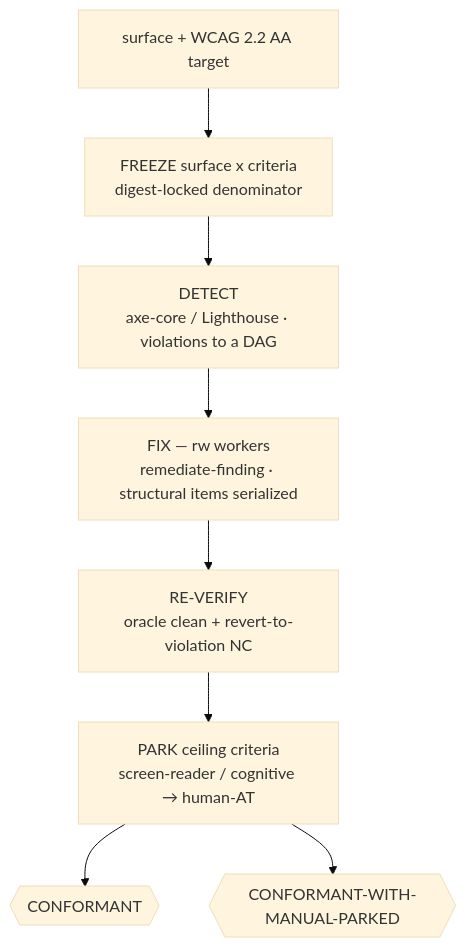
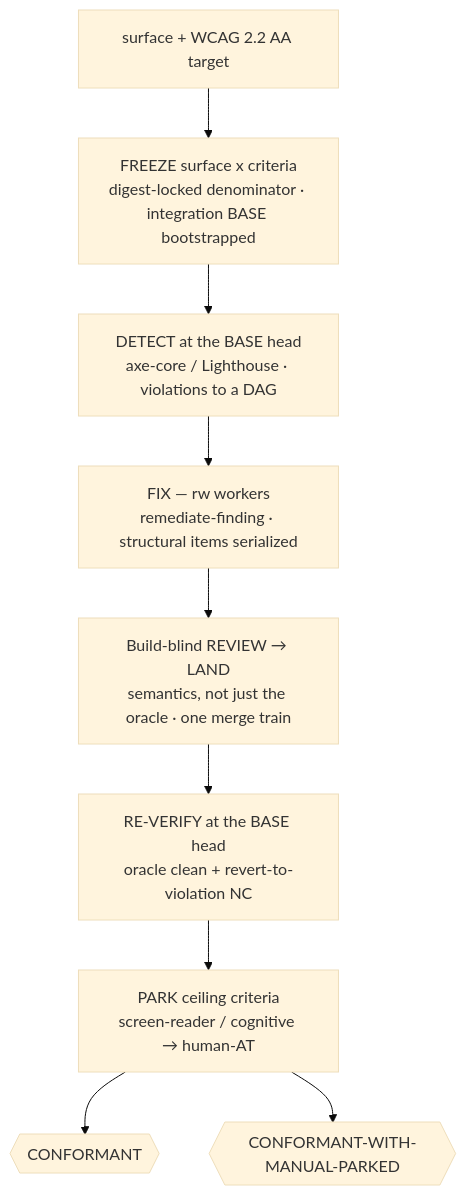
One commit to ravidsrk/orca-fleet changed the diagram in docs/missions/access-it.md. Above: the diagram before and after it, drawn with Mermaid (base theme). The commit also changed 3 other files, not shown here.

First line of the commit message:
docs(access-it): add the BASE bootstrap, review, and LAND steps; narrow the keyboard trigger

````diff
--- a/docs/missions/access-it.md
+++ b/docs/missions/access-it.md
@@ -43,10 +43,11 @@
 ```mermaid
 flowchart TD
-    A[surface + WCAG 2.2 AA target] --> B[FREEZE surface x criteria<br/>digest-locked denominator]
-    B --> C[DETECT<br/>axe-core / Lighthouse · violations to a DAG]
+    A[surface + WCAG 2.2 AA target] --> B[FREEZE surface x criteria<br/>digest-locked denominator · integration BASE bootstrapped]
+    B --> C[DETECT at the BASE head<br/>axe-core / Lighthouse · violations to a DAG]
     C --> D[FIX — rw workers<br/>remediate-finding · structural items serialized]
-    D --> E[RE-VERIFY<br/>oracle clean + revert-to-violation NC]
+    D --> D2[Build-blind REVIEW → LAND<br/>semantics, not just the oracle · one merge train]
+    D2 --> E[RE-VERIFY at the BASE head<br/>oracle clean + revert-to-violation NC]
     E --> F[PARK ceiling criteria<br/>screen-reader / cognitive → human-AT]
     F --> G{{CONFORMANT}}
     F --> H{{CONFORMANT-WITH-MANUAL-PARKED}}
 ```
````
